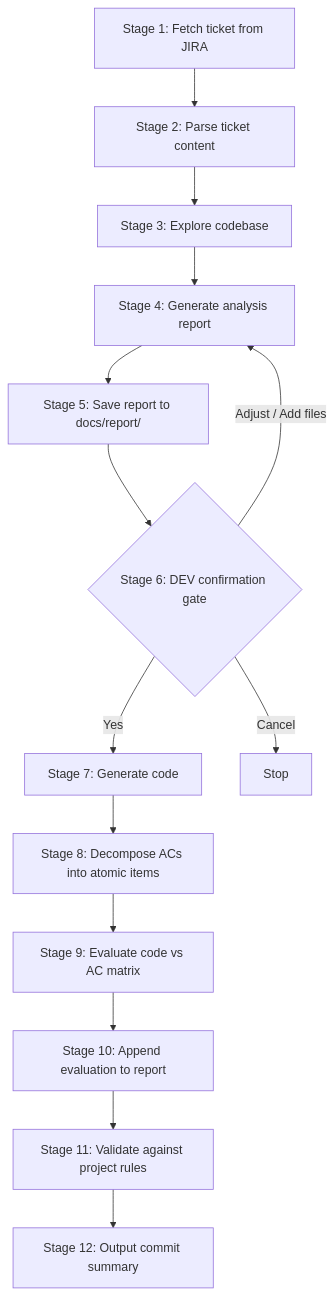
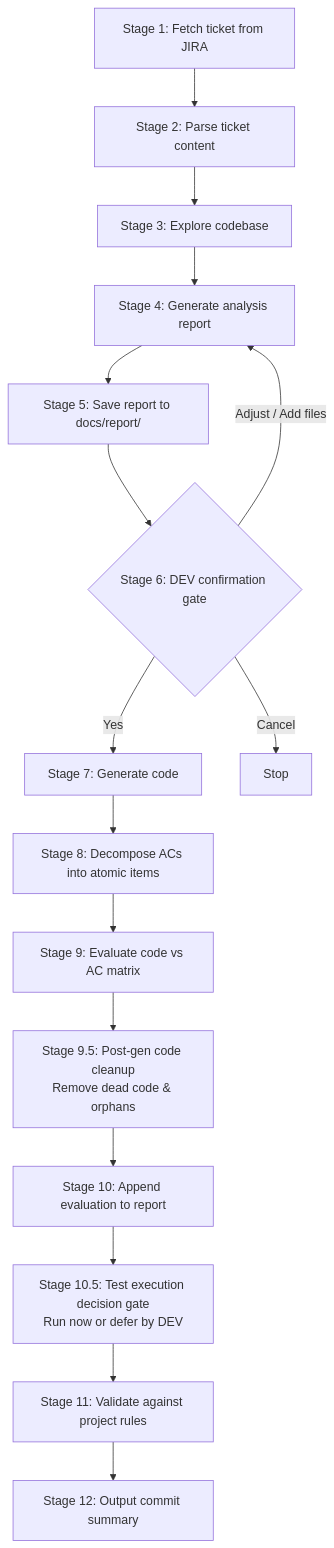
Before and after one commit to tadev999/ticket2code: the diagram in ticket2code/ticket/INDEX.md, drawn with Mermaid. The commit also changed other lines of this file and 3 other files, not shown here.

Commit message:
Update: Remove dead code

````diff
--- a/ticket2code/ticket/INDEX.md
+++ b/ticket2code/ticket/INDEX.md
@@ -17,18 +17,20 @@
 ```mermaid
 flowchart TD
     S1[Stage 1: Fetch ticket from JIRA] --> S2
     S2[Stage 2: Parse ticket content] --> S3
     S3[Stage 3: Explore codebase] --> S4
     S4[Stage 4: Generate analysis report] --> S5
     S5[Stage 5: Save report to docs/report/] --> S6
     S6{Stage 6: DEV confirmation gate}
     S6 -->|Yes| S7
     S6 -->|Adjust / Add files| S4
     S6 -->|Cancel| STOP[Stop]
     S7[Stage 7: Generate code] --> S8
     S8[Stage 8: Decompose ACs into atomic items] --> S9
-    S9[Stage 9: Evaluate code vs AC matrix] --> S10
-    S10[Stage 10: Append evaluation to report] --> S11
+    S9[Stage 9: Evaluate code vs AC matrix] --> S95
+    S95[Stage 9.5: Post-gen code cleanup<br/>Remove dead code & orphans] --> S10
+    S10[Stage 10: Append evaluation to report] --> S105
+    S105[Stage 10.5: Test execution decision gate<br/>Run now or defer by DEV] --> S11
     S11[Stage 11: Validate against project rules] --> S12
     S12[Stage 12: Output commit summary]
 ```
````
